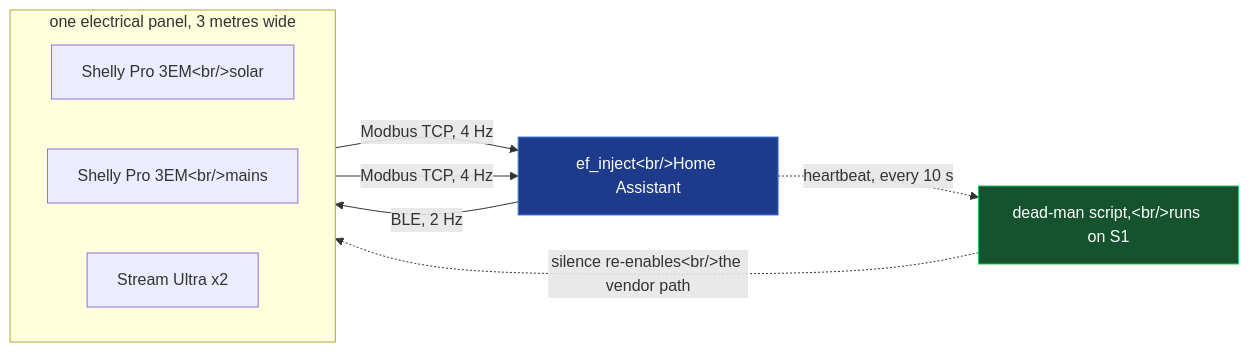
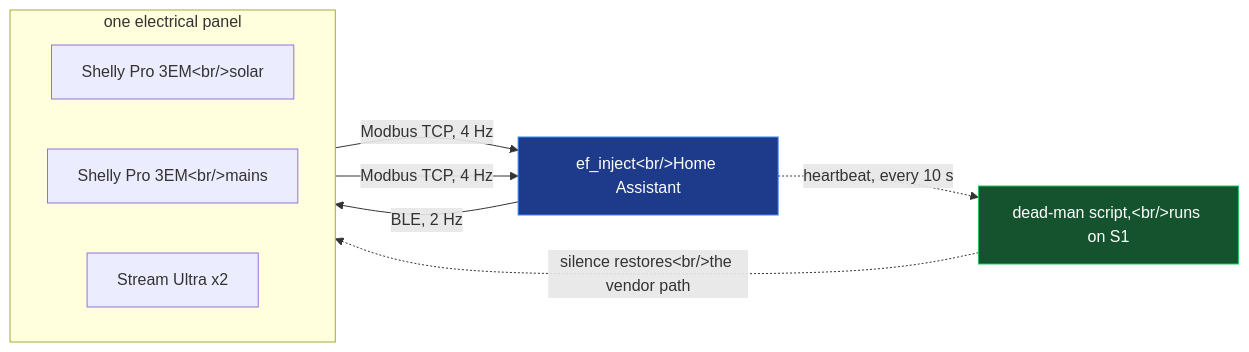
The sixth of 16 diagrams in content/posts/ecoflow-zero-export-ble-meter-injection/index.md (phoinixgrr/mastori), drawn with Mermaid before and after one commit. The commit also changed other lines of this file, not shown here.

```diff
--- a/content/posts/ecoflow-zero-export-ble-meter-injection/index.md
+++ b/content/posts/ecoflow-zero-export-ble-meter-injection/index.md
@@ -256,17 +210,17 @@
 {{< mermaid >}}
 flowchart LR
-    subgraph panel["one electrical panel, 3 metres wide"]
+    subgraph panel["one electrical panel"]
         direction LR
         S1["Shelly Pro 3EM&lt;br/&gt;solar"]
         S2["Shelly Pro 3EM&lt;br/&gt;mains"]
         U["Stream Ultra x2"]
     end
     S1 -->|"Modbus TCP, 4 Hz"| R["ef_inject&lt;br/&gt;Home Assistant"]
     S2 -->|"Modbus TCP, 4 Hz"| R
     R -->|"BLE, 2 Hz"| U
     R -.->|"heartbeat, every 10 s"| D["dead-man script,&lt;br/&gt;runs on S1"]
-    D -.->|"silence re-enables&lt;br/&gt;the vendor path"| S1
+    D -.->|"silence restores&lt;br/&gt;the vendor path"| S1
 
     style R fill:#1e3a8a,stroke:#3b82f6,color:#fff
     style D fill:#14532d,stroke:#22c55e,color:#fff
 {{< /mermaid >}}
```
